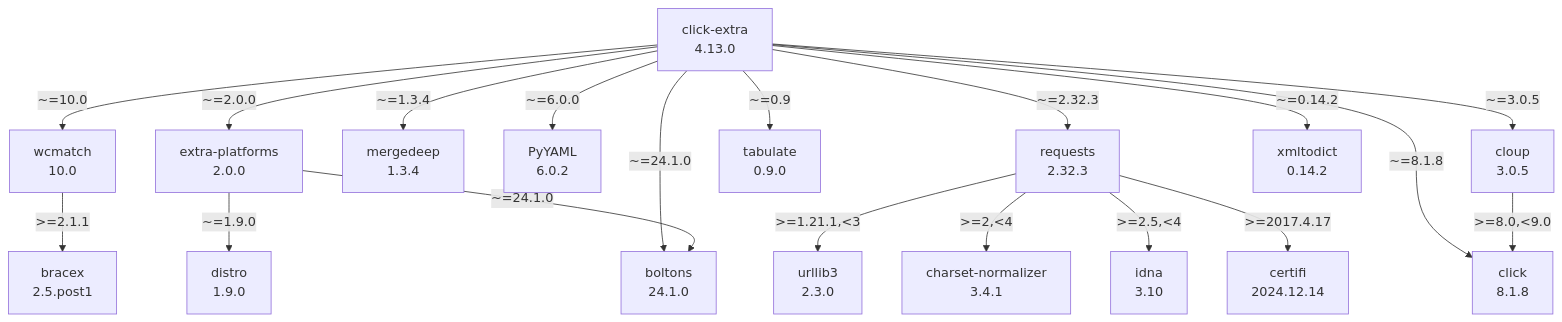
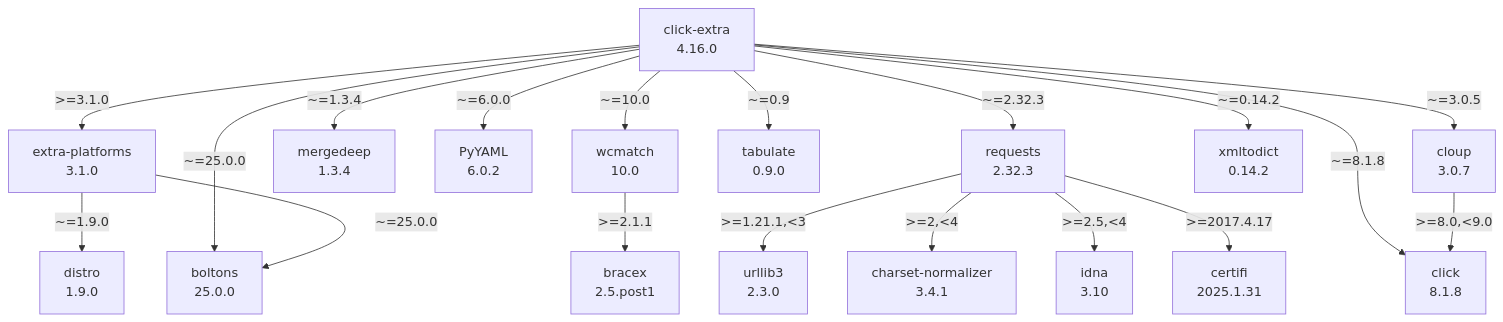
Before and after one commit to kdeldycke/click-extra: the diagram in docs/assets/dependencies.mmd, drawn with Mermaid.

Commit message:
[autofix] Regenerate dependency graph

```diff
--- a/docs/assets/dependencies.mmd
+++ b/docs/assets/dependencies.mmd
@@ -1,37 +1,37 @@
 flowchart TD
     classDef missing stroke-dasharray: 5
-    boltons["boltons\n24.1.0"]
+    boltons["boltons\n25.0.0"]
     bracex["bracex\n2.5.post1"]
-    certifi["certifi\n2024.12.14"]
+    certifi["certifi\n2025.1.31"]
     charset-normalizer["charset-normalizer\n3.4.1"]
-    click-extra["click-extra\n4.13.0"]
+    click-extra["click-extra\n4.16.0"]
     click_0["click\n8.1.8"]
-    cloup["cloup\n3.0.5"]
+    cloup["cloup\n3.0.7"]
     distro["distro\n1.9.0"]
-    extra-platforms["extra-platforms\n2.0.0"]
+    extra-platforms["extra-platforms\n3.1.0"]
     idna["idna\n3.10"]
     mergedeep["mergedeep\n1.3.4"]
     pyyaml["PyYAML\n6.0.2"]
     requests["requests\n2.32.3"]
     tabulate["tabulate\n0.9.0"]
     urllib3["urllib3\n2.3.0"]
     wcmatch["wcmatch\n10.0"]
     xmltodict["xmltodict\n0.14.2"]
+    click-extra -- ">=3.1.0" --> extra-platforms
     click-extra -- "~=0.14.2" --> xmltodict
     click-extra -- "~=0.9" --> tabulate
     click-extra -- "~=1.3.4" --> mergedeep
     click-extra -- "~=10.0" --> wcmatch
-    click-extra -- "~=2.0.0" --> extra-platforms
     click-extra -- "~=2.32.3" --> requests
-    click-extra -- "~=24.1.0" --> boltons
+    click-extra -- "~=25.0.0" --> boltons
     click-extra -- "~=3.0.5" --> cloup
     click-extra -- "~=6.0.0" --> pyyaml
     click-extra -- "~=8.1.8" --> click_0
     cloup -- ">=8.0,<9.0" --> click_0
     extra-platforms -- "~=1.9.0" --> distro
-    extra-platforms -- "~=24.1.0" --> boltons
+    extra-platforms -- "~=25.0.0" --> boltons
     requests -- ">=1.21.1,<3" --> urllib3
     requests -- ">=2,<4" --> charset-normalizer
     requests -- ">=2.5,<4" --> idna
     requests -- ">=2017.4.17" --> certifi
     wcmatch -- ">=2.1.1" --> bracex
```
